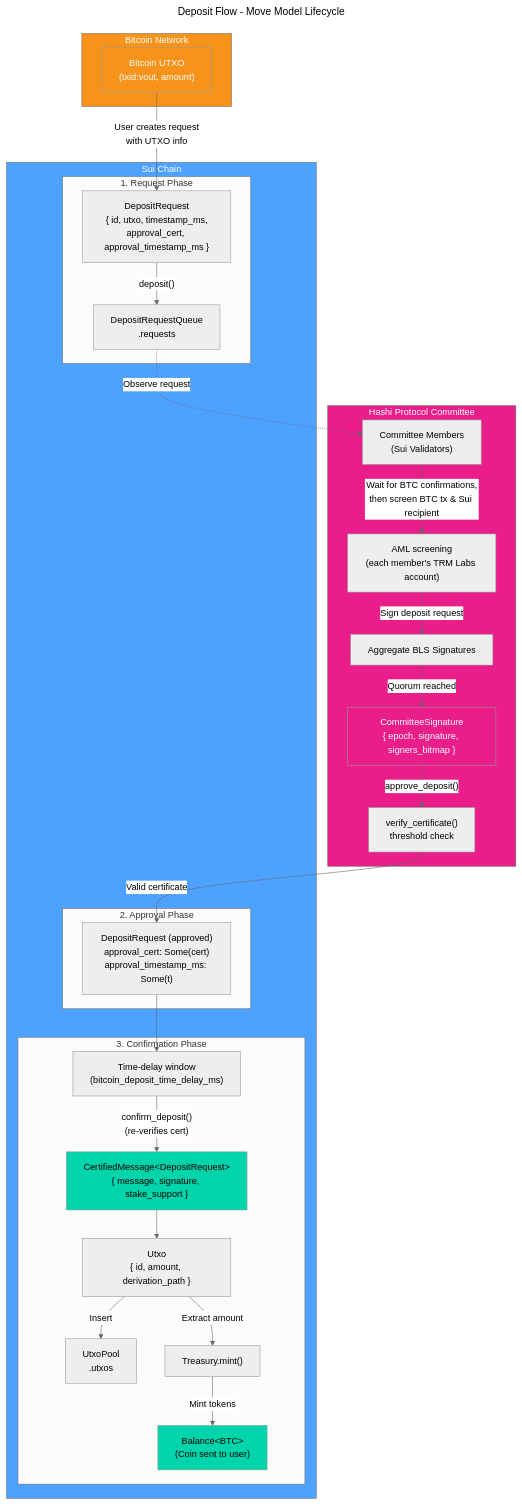
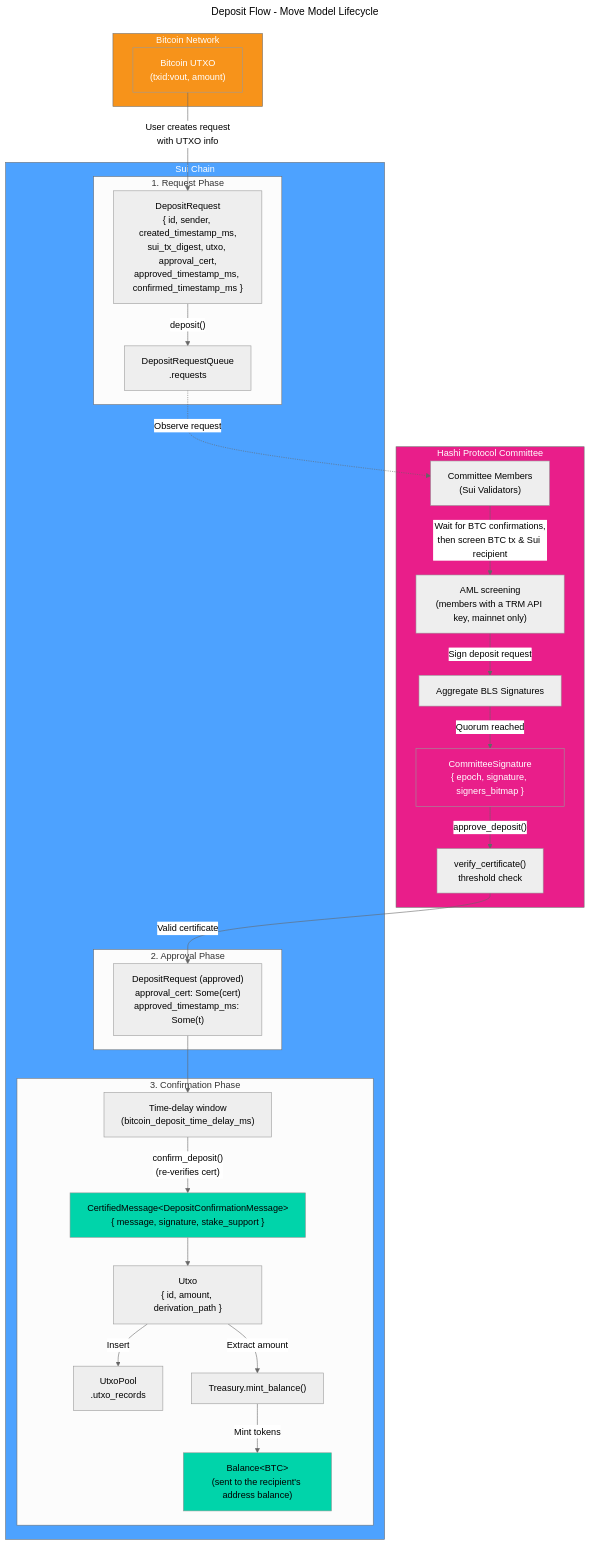
One commit to MystenLabs/hashi changed the first of 2 diagrams in design/docs/move-model-lifecycle.mdx. Above: the diagram before and after it, drawn with Mermaid (neutral theme). The commit also changed other lines of this file and 10 other files, not shown here.

````diff
--- a/design/docs/move-model-lifecycle.mdx
+++ b/design/docs/move-model-lifecycle.mdx
@@ -67,60 +72,60 @@
 ```mermaid
 ---
 title: Deposit Flow - Move Model Lifecycle
 ---
 flowchart TD
     subgraph Bitcoin["Bitcoin Network"]
         BTC_UTXO["Bitcoin UTXO<br/>(txid:vout, amount)"]
     end
 
     subgraph Committee["Hashi Protocol Committee"]
         MEMBERS["Committee Members<br/>(Sui Validators)"]
-        SCREEN["AML screening<br/>(each member's TRM Labs account)"]
+        SCREEN["AML screening<br/>(members with a TRM API key, mainnet only)"]
         SIGN["Aggregate BLS Signatures"]
         CERT["CommitteeSignature<br/>{ epoch, signature, signers_bitmap }"]
         VERIFY["verify_certificate()<br/>threshold check"]
     end
 
     subgraph Sui["Sui Chain"]
         subgraph DepositPhase["1. Request Phase"]
-            DR["DepositRequest<br/>{ id, utxo, timestamp_ms,<br/>approval_cert, approval_timestamp_ms }"]
+            DR["DepositRequest<br/>{ id, sender, created_timestamp_ms,<br/>sui_tx_digest, utxo, approval_cert,<br/>approved_timestamp_ms, confirmed_timestamp_ms }"]
             DRQ["DepositRequestQueue<br/>.requests"]
         end
 
         subgraph ApprovePhase["2. Approval Phase"]
-            APPROVED["DepositRequest (approved)<br/>approval_cert: Some(cert)<br/>approval_timestamp_ms: Some(t)"]
+            APPROVED["DepositRequest (approved)<br/>approval_cert: Some(cert)<br/>approved_timestamp_ms: Some(t)"]
         end
 
         subgraph ConfirmPhase["3. Confirmation Phase"]
             DELAY["Time-delay window<br/>(bitcoin_deposit_time_delay_ms)"]
-            CERTIFIED["CertifiedMessage&lt;DepositRequest&gt;<br/>{ message, signature, stake_support }"]
+            CERTIFIED["CertifiedMessage&lt;DepositConfirmationMessage&gt;<br/>{ message, signature, stake_support }"]
             UTXO["Utxo<br/>{ id, amount, derivation_path }"]
-            POOL["UtxoPool<br/>.utxos"]
-            MINT["Treasury.mint()"]
-            BAL["Balance&lt;BTC&gt;<br/>(Coin sent to user)"]
+            POOL["UtxoPool<br/>.utxo_records"]
+            MINT["Treasury.mint_balance()"]
+            BAL["Balance&lt;BTC&gt;<br/>(sent to the recipient's address balance)"]
         end
     end
 
     BTC_UTXO -->|"User creates request<br/>with UTXO info"| DR
     DR -->|"deposit()"| DRQ
     DRQ -.->|"Observe request"| MEMBERS
     MEMBERS -->|"Wait for BTC confirmations,<br/>then screen BTC tx & Sui recipient"| SCREEN
     SCREEN -->|"Sign deposit request"| SIGN
     SIGN -->|"Quorum reached"| CERT
     CERT -->|"approve_deposit()"| VERIFY
     VERIFY -->|"Valid certificate"| APPROVED
     APPROVED --> DELAY
     DELAY -->|"confirm_deposit()<br/>(re-verifies cert)"| CERTIFIED
     CERTIFIED --> UTXO
     UTXO -->|"Insert"| POOL
     UTXO -->|"Extract amount"| MINT
     MINT -->|"Mint tokens"| BAL
 
     style Bitcoin fill:#f7931a,color:#fff
     style Committee fill:#E91E8A,color:#fff
     style Sui fill:#4da2ff,color:#fff
     style BAL fill:#00d4aa,color:#000
     style BTC_UTXO fill:#f7931a,color:#fff
     style CERT fill:#E91E8A,color:#fff
     style CERTIFIED fill:#00d4aa,color:#000
 ```
````
